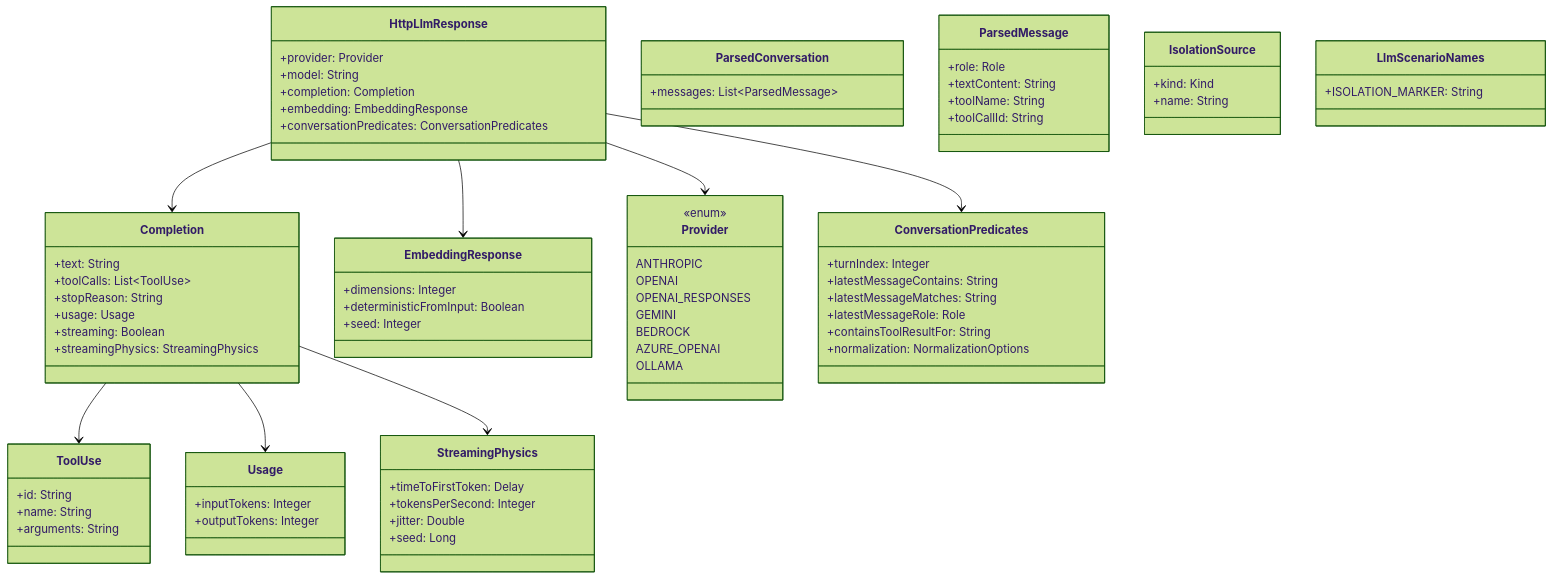
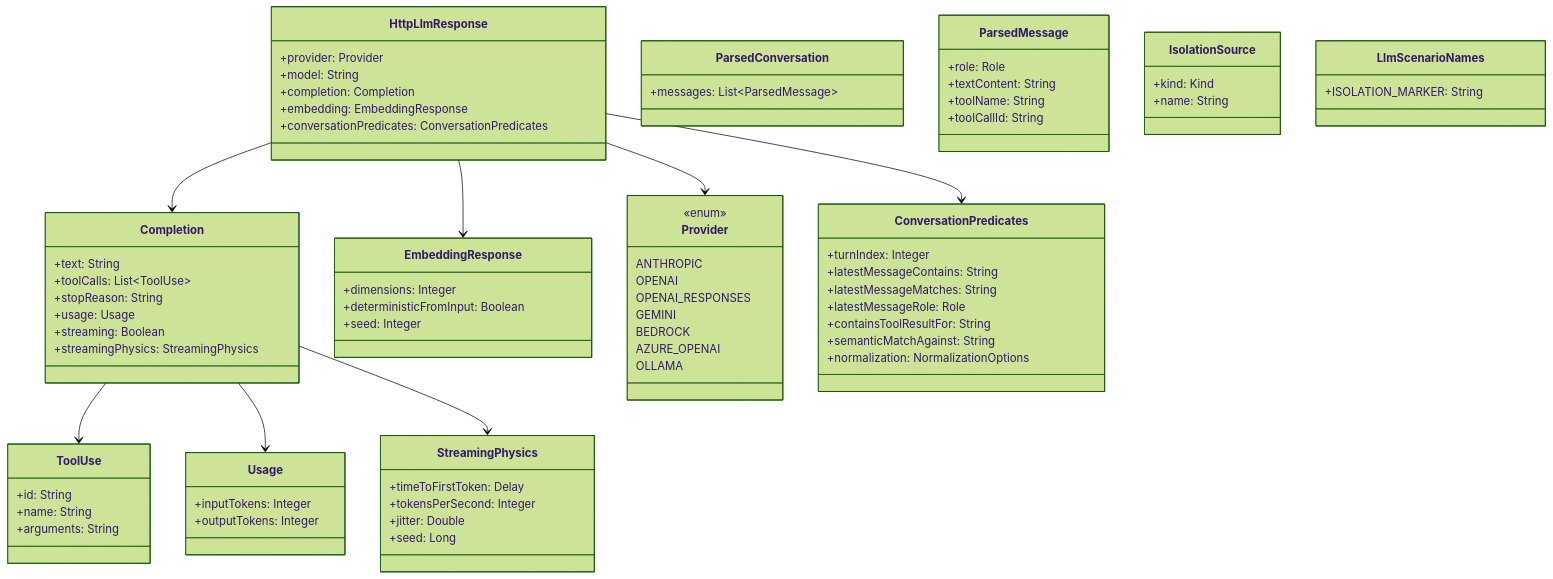
Before and after one commit to sean8601/mockserver-monorepo: the third of 4 diagrams in docs/code/llm-mocking.md, drawn with Mermaid (forest theme). The commit also changed other lines of this file and 3 other files, not shown here.

First line of the commit message:
fix(ui): render a predicate pill for semanticMatchAgainst turns

````diff
--- a/docs/code/llm-mocking.md
+++ b/docs/code/llm-mocking.md
@@ -211,80 +213,81 @@
 ```mermaid
 classDiagram
     class HttpLlmResponse {
         +provider: Provider
         +model: String
         +completion: Completion
         +embedding: EmbeddingResponse
         +conversationPredicates: ConversationPredicates
     }
     class Completion {
         +text: String
         +toolCalls: List~ToolUse~
         +stopReason: String
         +usage: Usage
         +streaming: Boolean
         +streamingPhysics: StreamingPhysics
     }
     class ToolUse {
         +id: String
         +name: String
         +arguments: String
     }
     class Usage {
         +inputTokens: Integer
         +outputTokens: Integer
     }
     class StreamingPhysics {
         +timeToFirstToken: Delay
         +tokensPerSecond: Integer
         +jitter: Double
         +seed: Long
     }
     class EmbeddingResponse {
         +dimensions: Integer
         +deterministicFromInput: Boolean
         +seed: Integer
     }
     class Provider {
         <<enum>>
         ANTHROPIC
         OPENAI
         OPENAI_RESPONSES
         GEMINI
         BEDROCK
         AZURE_OPENAI
         OLLAMA
     }
     class ConversationPredicates {
         +turnIndex: Integer
         +latestMessageContains: String
         +latestMessageMatches: String
         +latestMessageRole: Role
         +containsToolResultFor: String
+        +semanticMatchAgainst: String
         +normalization: NormalizationOptions
     }
     class ParsedConversation {
         +messages: List~ParsedMessage~
     }
     class ParsedMessage {
         +role: Role
         +textContent: String
         +toolName: String
         +toolCallId: String
     }
     class IsolationSource {
         +kind: Kind
         +name: String
     }
     class LlmScenarioNames {
         +ISOLATION_MARKER: String
     }
 
     HttpLlmResponse --> Provider
     HttpLlmResponse --> Completion
     HttpLlmResponse --> EmbeddingResponse
     HttpLlmResponse --> ConversationPredicates
     Completion --> ToolUse
     Completion --> Usage
     Completion --> StreamingPhysics
 ```
````
